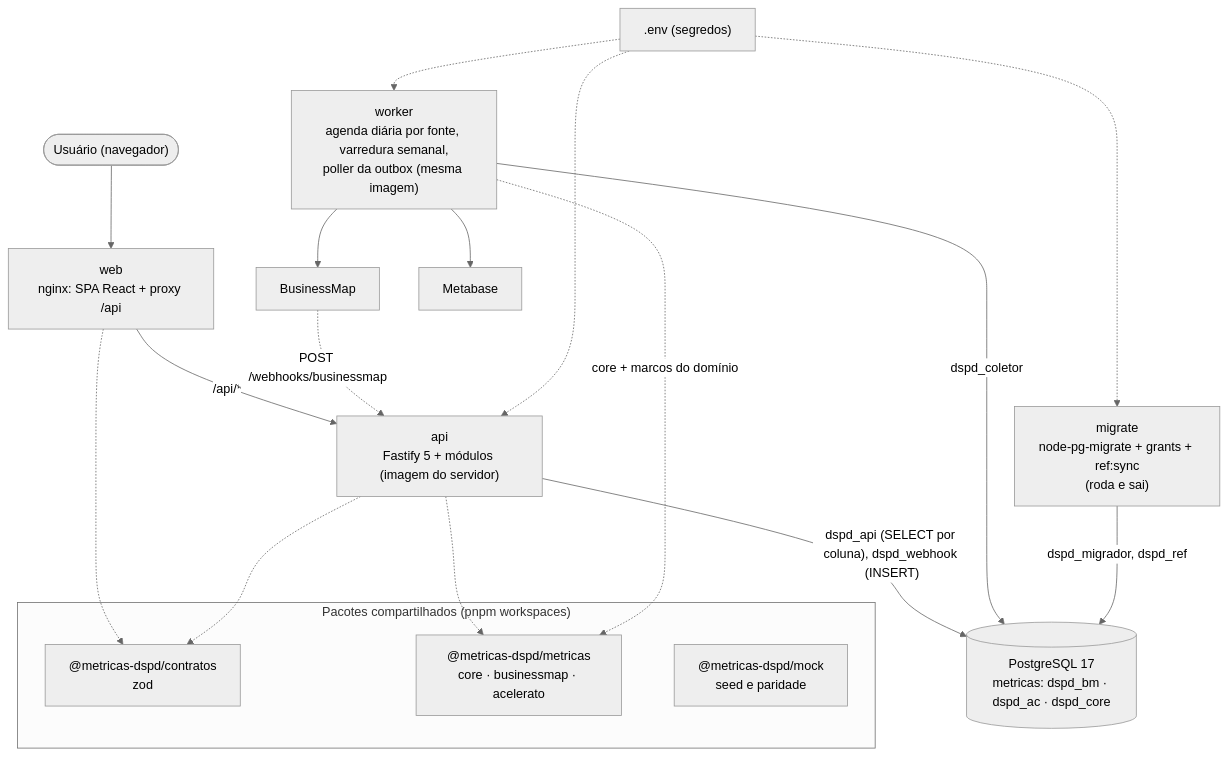
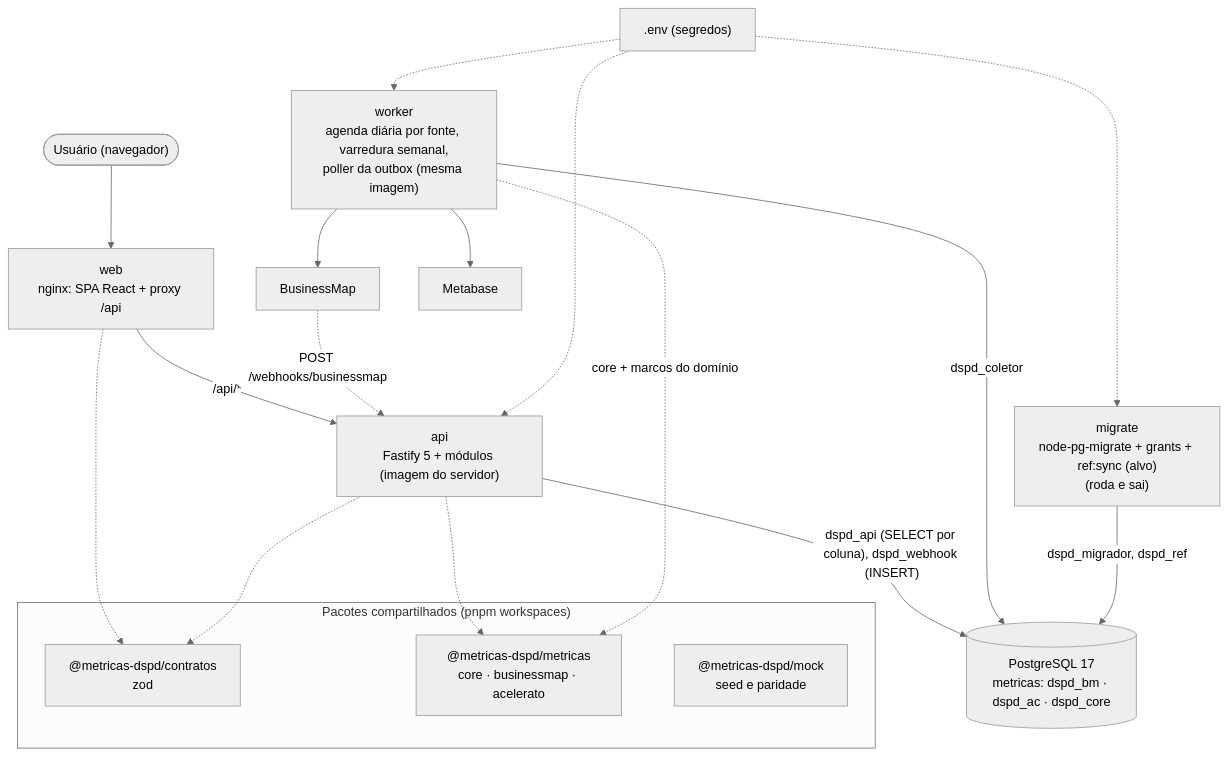
Before and after one commit to rodrigo-isensee/MetricasDSPD: the second of 3 diagrams in docs/architecture/overview.md, drawn with Mermaid (neutral theme). The commit also changed other lines of this file and 24 other files, not shown here.

````diff
--- a/docs/architecture/overview.md
+++ b/docs/architecture/overview.md
@@ -35,23 +36,23 @@
 ```mermaid
 flowchart TB
   user(["Usuário (navegador)"]) --> web["web<br/>nginx: SPA React + proxy /api"]
   web -->|"/api/*"| api["api<br/>Fastify 5 + módulos (imagem do servidor)"]
   bmext["BusinessMap"] -.->|"POST /webhooks/businessmap"| api
   wk["worker<br/>agenda diária por fonte, varredura semanal,<br/>poller da outbox (mesma imagem)"]
-  mig["migrate<br/>node-pg-migrate + grants + ref:sync<br/>(roda e sai)"]
+  mig["migrate<br/>node-pg-migrate + grants + ref:sync (alvo)<br/>(roda e sai)"]
   api -->|"dspd_api (SELECT por coluna), dspd_webhook (INSERT)"| db[("PostgreSQL 17<br/>metricas: dspd_bm · dspd_ac · dspd_core")]
   wk -->|dspd_coletor| db
   mig -->|"dspd_migrador, dspd_ref"| db
   wk --> bmext
   wk --> mb["Metabase"]
   env[".env (segredos)"] -.-> api & wk & mig
   subgraph pacotes ["Pacotes compartilhados (pnpm workspaces)"]
     contratos["@metricas-dspd/contratos<br/>zod"]
     metricas["@metricas-dspd/metricas<br/>core · businessmap · acelerato"]
     mock["@metricas-dspd/mock<br/>seed e paridade"]
   end
   web -.-> contratos
   api -.-> contratos
   api -.-> metricas
   wk -.->|"core + marcos do domínio"| metricas
 ```
````
